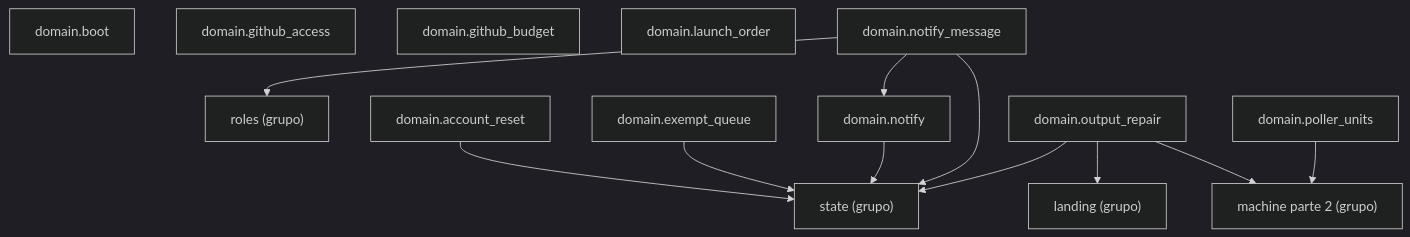
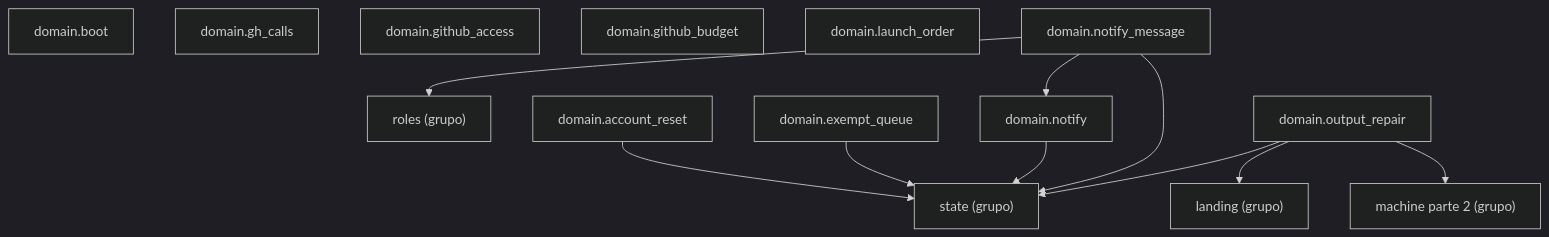
The diagram in docs/architecture/generated/packages-process-domain-machine-1.md (GonzaloZevallos/agentic-system), drawn with Mermaid (dark theme) before and after one commit. The commit also changed 9 other files, not shown here.

Commit message:
Regenerate the architecture docs for the GhCallLog seam

````diff
--- a/docs/architecture/generated/packages-process-domain-machine-1.md
+++ b/docs/architecture/generated/packages-process-domain-machine-1.md
@@ -13,27 +13,26 @@
 ```mermaid
 graph TD
     g_domain__landing["landing (grupo)"]
     g_domain__machine__2["machine parte 2 (grupo)"]
     g_domain__roles["roles (grupo)"]
     g_domain__state["state (grupo)"]
     m_domain__account_reset["domain.account_reset"]
     m_domain__boot["domain.boot"]
     m_domain__exempt_queue["domain.exempt_queue"]
+    m_domain__gh_calls["domain.gh_calls"]
     m_domain__github_access["domain.github_access"]
     m_domain__github_budget["domain.github_budget"]
     m_domain__launch_order["domain.launch_order"]
     m_domain__notify["domain.notify"]
     m_domain__notify_message["domain.notify_message"]
     m_domain__output_repair["domain.output_repair"]
-    m_domain__poller_units["domain.poller_units"]
     m_domain__account_reset --> g_domain__state
     m_domain__exempt_queue --> g_domain__state
     m_domain__notify --> g_domain__state
     m_domain__notify_message --> g_domain__roles
     m_domain__notify_message --> g_domain__state
     m_domain__notify_message --> m_domain__notify
     m_domain__output_repair --> g_domain__landing
     m_domain__output_repair --> g_domain__machine__2
     m_domain__output_repair --> g_domain__state
-    m_domain__poller_units --> g_domain__machine__2
 ```
````
